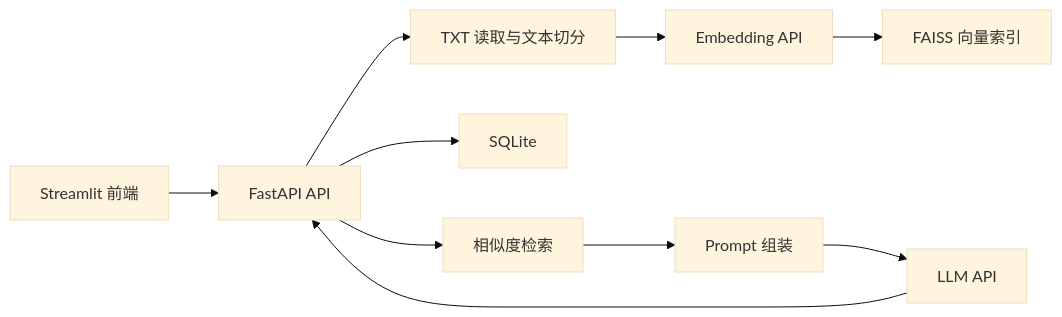
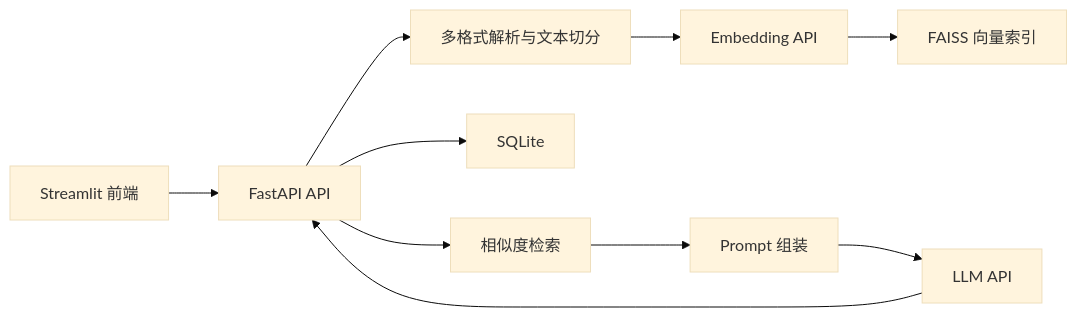
One commit to suo-creator/fastapi-faiss-rag-system changed the diagram in README.md. Above: the diagram before and after it, drawn with Mermaid (base theme). The commit also changed other lines of this file and 10 other files, not shown here.

````diff
--- a/README.md
+++ b/README.md
@@ -29,12 +37,12 @@
 ```mermaid
 flowchart LR
     A[Streamlit 前端] --> B[FastAPI API]
-    B --> C[TXT 读取与文本切分]
+    B --> C[多格式解析与文本切分]
     C --> D[Embedding API]
     D --> E[FAISS 向量索引]
     B --> F[SQLite]
     B --> G[相似度检索]
     G --> H[Prompt 组装]
     H --> I[LLM API]
     I --> B
 ```
````
